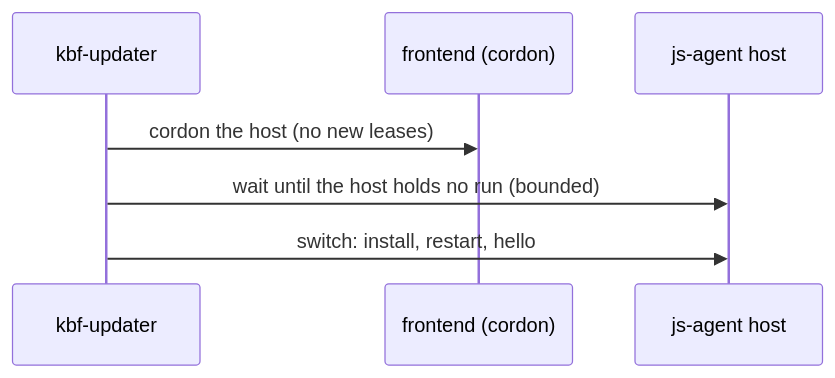
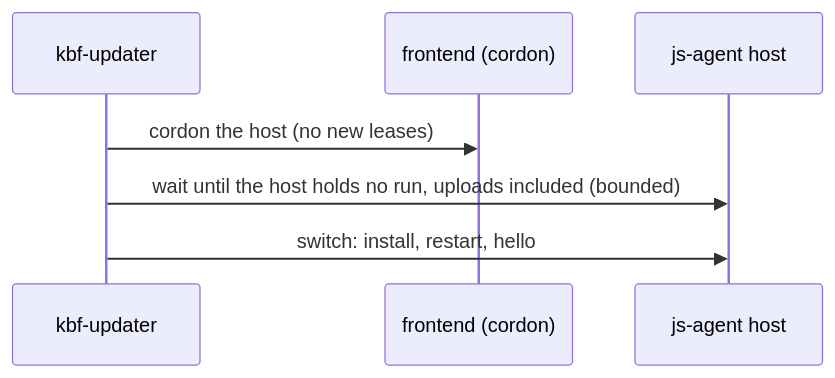
One commit to komira-ai/jobscheduler changed diagram 13 of 14 in docs/design/kbf-on-js-agent.md. Above: the diagram before and after it, drawn with Mermaid. The commit also changed other lines of this file and 5 other files, not shown here.

````diff
--- a/docs/design/kbf-on-js-agent.md
+++ b/docs/design/kbf-on-js-agent.md
@@ -472,9 +513,9 @@
 ```mermaid
 sequenceDiagram
   participant U as kbf-updater
   participant F as frontend (cordon)
   participant G as js-agent host
   U->>F: cordon the host (no new leases)
-  U->>G: wait until the host holds no run (bounded)
+  U->>G: wait until the host holds no run, uploads included (bounded)
   U->>G: switch: install, restart, hello
 ```
````
